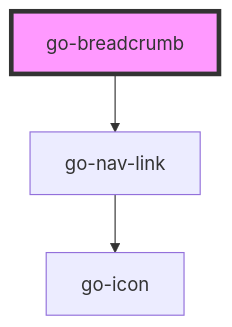
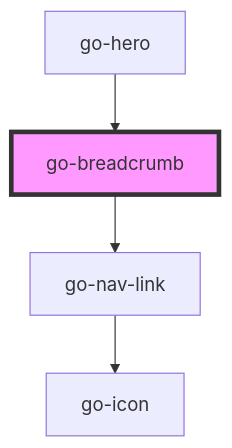
The diagram in src/components/go-breadcrumb/readme.md (getgoui/go-ui), drawn with Mermaid before and after one commit. The commit also changed other lines of this file and 15 other files, not shown here.

````diff
--- a/src/components/go-breadcrumb/readme.md
+++ b/src/components/go-breadcrumb/readme.md
@@ -22,6 +26,7 @@
 ```mermaid
 graph TD;
   go-breadcrumb --> go-nav-link
   go-nav-link --> go-icon
+  go-hero --> go-breadcrumb
   style go-breadcrumb fill:#f9f,stroke:#333,stroke-width:4px
 ```
````
